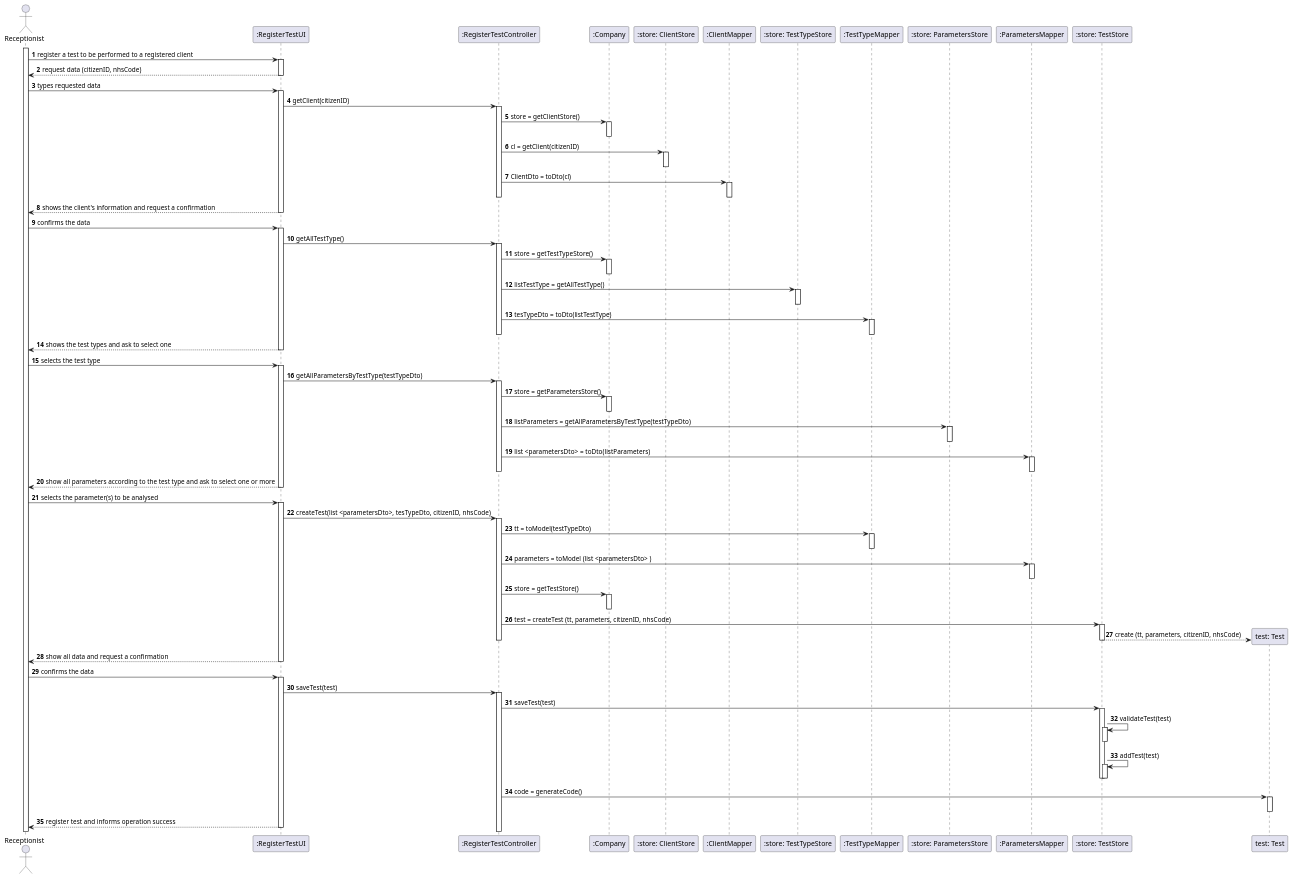
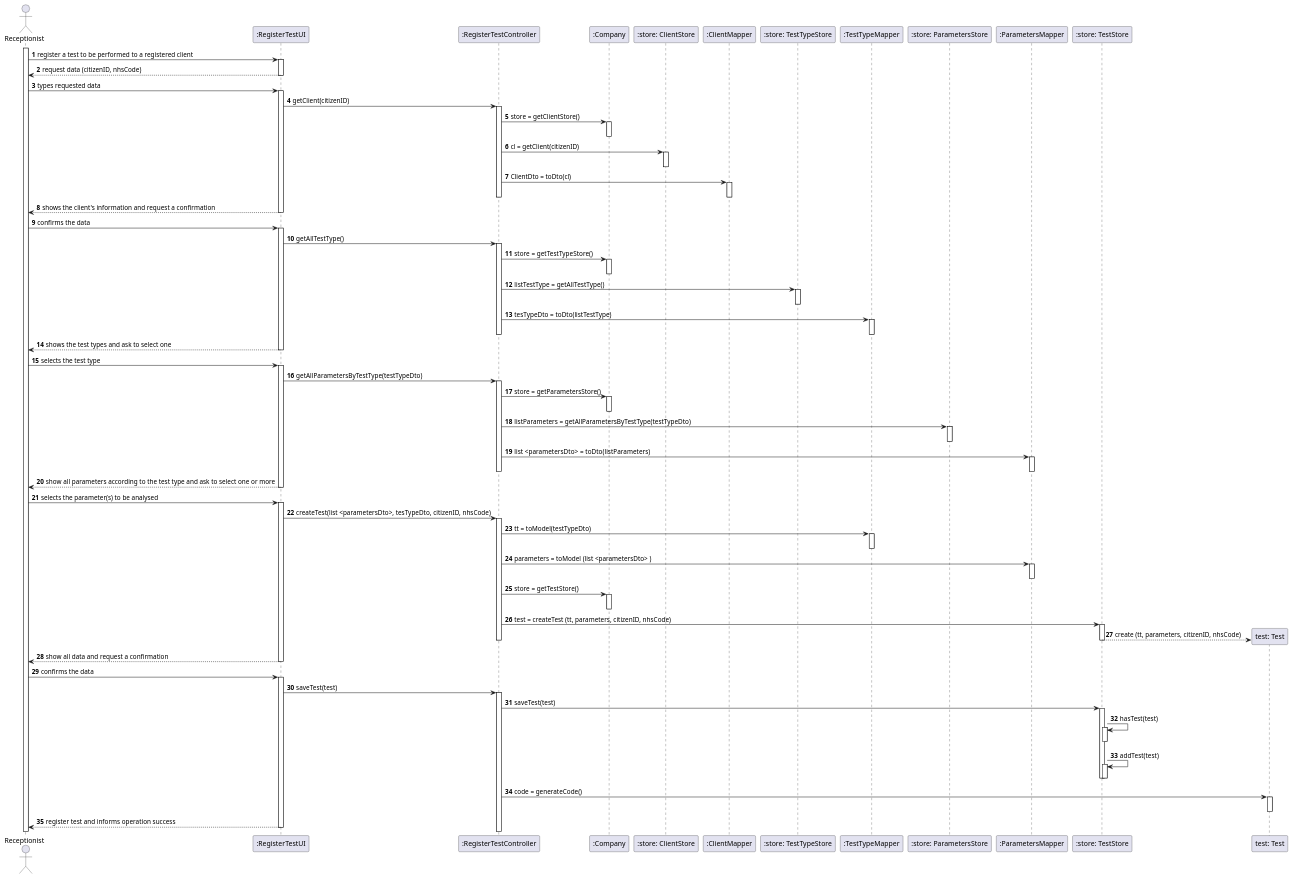
One commit to 0franciscor/lei-21-s2-1de-g19 changed the diagram in docs/SprintC/US04/US04-SD.puml. Above: the diagram before and after it, drawn with PlantUML. The commit also changed 3 other files, not shown here.

```diff
--- a/docs/SprintC/US04/US04-SD.puml
+++ b/docs/SprintC/US04/US04-SD.puml
@@ -1,156 +1,156 @@
 @startuml
 'https://plantuml.com/sequence-diagram
 
 autonumber
 
 actor "Receptionist" as R
 activate R
 
 
 R -> ":RegisterTestUI" : register a test to be performed to a registered client
 activate ":RegisterTestUI"
 ":RegisterTestUI" --> R: request data (citizenID, nhsCode)
 deactivate ":RegisterTestUI"
 R -> ":RegisterTestUI" : types requested data
 
 
 activate ":RegisterTestUI"
 
 
 ":RegisterTestUI" -> ":RegisterTestController": getClient(citizenID)
 
 
 activate ":RegisterTestController"
 ":RegisterTestController" -> ":Company" : store = getClientStore()
 activate ":Company"
 deactivate ":Company"
 
 ":RegisterTestController" -> ":store: ClientStore" : cl = getClient(citizenID)
 activate ":store: ClientStore"
 deactivate ":store: ClientStore"
 
 ":RegisterTestController" -> ":ClientMapper" : ClientDto = toDto(cl)
 activate ":ClientMapper"
 deactivate ":ClientMapper"
 
 
 deactivate ":RegisterTestController"
 
 
 
 ":RegisterTestUI" --> R: shows the client's information and request a confirmation
 deactivate ":RegisterTestUI"
 
 
 
 
 R -> ":RegisterTestUI" : confirms the data
 activate ":RegisterTestUI"
 
 
 ":RegisterTestUI" -> ":RegisterTestController": getAllTestType()
 activate ":RegisterTestController"
 ":RegisterTestController" -> ":Company": store = getTestTypeStore()
 activate ":Company"
 
 deactivate ":Company"
 ":RegisterTestController" -> ":store: TestTypeStore": listTestType = getAllTestType()
 activate ":store: TestTypeStore"
 deactivate ":store: TestTypeStore"
 
 ":RegisterTestController" -> ":TestTypeMapper": tesTypeDto = toDto(listTestType)
 activate ":TestTypeMapper"
 deactivate ":TestTypeMapper"
 deactivate ":RegisterTestController"
 ":RegisterTestUI" --> R: shows the test types and ask to select one
 deactivate ":RegisterTestUI"
 R -> ":RegisterTestUI": selects the test type
 activate ":RegisterTestUI"
 
 ":RegisterTestUI" -> ":RegisterTestController": getAllParametersByTestType(testTypeDto)
 activate ":RegisterTestController"
 ":RegisterTestController" -> ":Company": store = getParametersStore()
 activate ":Company"
 deactivate ":Company"
 
 ":RegisterTestController" -> ":store: ParametersStore": listParameters = getAllParametersByTestType(testTypeDto)
 activate ":store: ParametersStore"
 deactivate ":store: ParametersStore"
 
 ":RegisterTestController" -> ":ParametersMapper": list <parametersDto>  = toDto(listParameters)
 activate ":ParametersMapper"
 deactivate ":ParametersMapper"
 
 deactivate ":RegisterTestController"
 
 ":RegisterTestUI" --> R: show all parameters according to the test type and ask to select one or more
 deactivate ":RegisterTestUI"
 
 R -> ":RegisterTestUI": selects the parameter(s) to be analysed
 activate ":RegisterTestUI"
 
 
 
 
 
 
 
 ":RegisterTestUI" -> ":RegisterTestController": createTest(list <parametersDto>, tesTypeDto, citizenID, nhsCode)
 activate ":RegisterTestController"
 
 ":RegisterTestController" -> ":TestTypeMapper": tt = toModel(testTypeDto)
 activate ":TestTypeMapper"
 deactivate ":TestTypeMapper"
 
 ":RegisterTestController" -> ":ParametersMapper": parameters = toModel (list <parametersDto> )
 activate ":ParametersMapper"
 deactivate ":ParametersMapper"
 
 
 
 
 
 
 ":RegisterTestController" -> ":Company" ++: store = getTestStore()
 deactivate ":Company"
 
 ":RegisterTestController" -> ":store: TestStore" ++: test = createTest (tt, parameters, citizenID, nhsCode)
 
 create "test: Test"
 
 ":store: TestStore" --> "test: Test" : create (tt, parameters, citizenID, nhsCode)
 deactivate ":store: TestStore"
 deactivate ":RegisterTestController"
 
 ":RegisterTestUI" --> R: show all data and request a confirmation
 deactivate ":RegisterTestUI"
 
 R -> ":RegisterTestUI" : confirms the data
 activate ":RegisterTestUI"
 
 ":RegisterTestUI" -> ":RegisterTestController": saveTest(test)
 
 activate ":RegisterTestController"
 
 ":RegisterTestController" -> ":store: TestStore" : saveTest(test)
 
 activate ":store: TestStore"
 
-":store: TestStore" -> ":store: TestStore": validateTest(test)
+":store: TestStore" -> ":store: TestStore": hasTest(test)
 activate ":store: TestStore"
 deactivate ":store: TestStore"
 ":store: TestStore" -> ":store: TestStore": addTest(test)
 activate ":store: TestStore"
 deactivate ":store: TestStore"
 
 deactivate ":store: TestStore"
 
 ":RegisterTestController" -> "test: Test" : code = generateCode()
 
 activate "test: Test"
 deactivate "test: Test"
 
 
 ":RegisterTestUI" --> R: register test and informs operation success
 deactivate ":RegisterTestUI"
 @enduml
```
